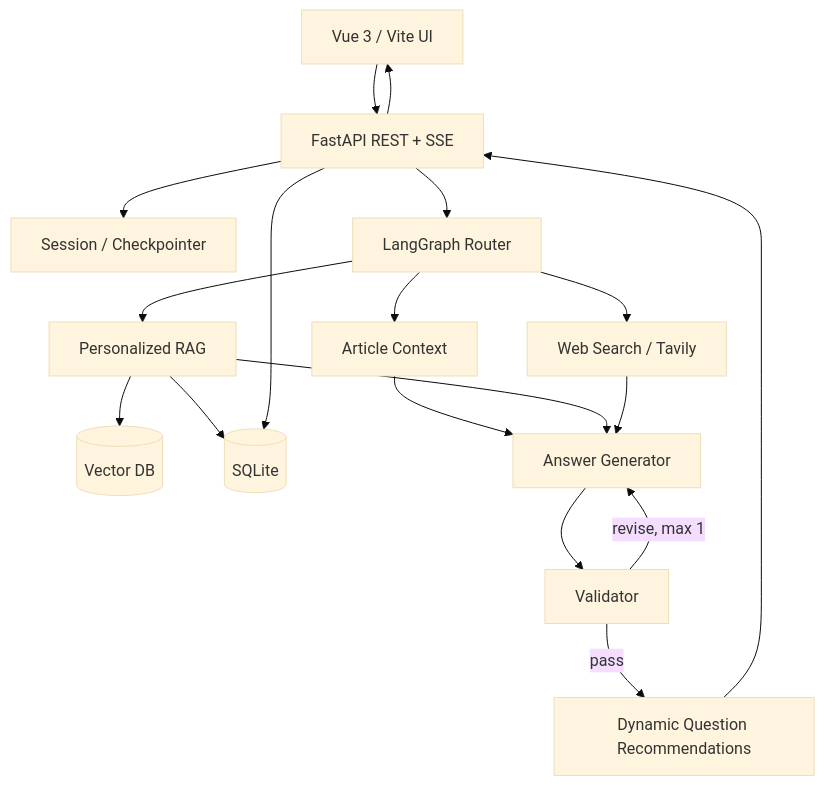
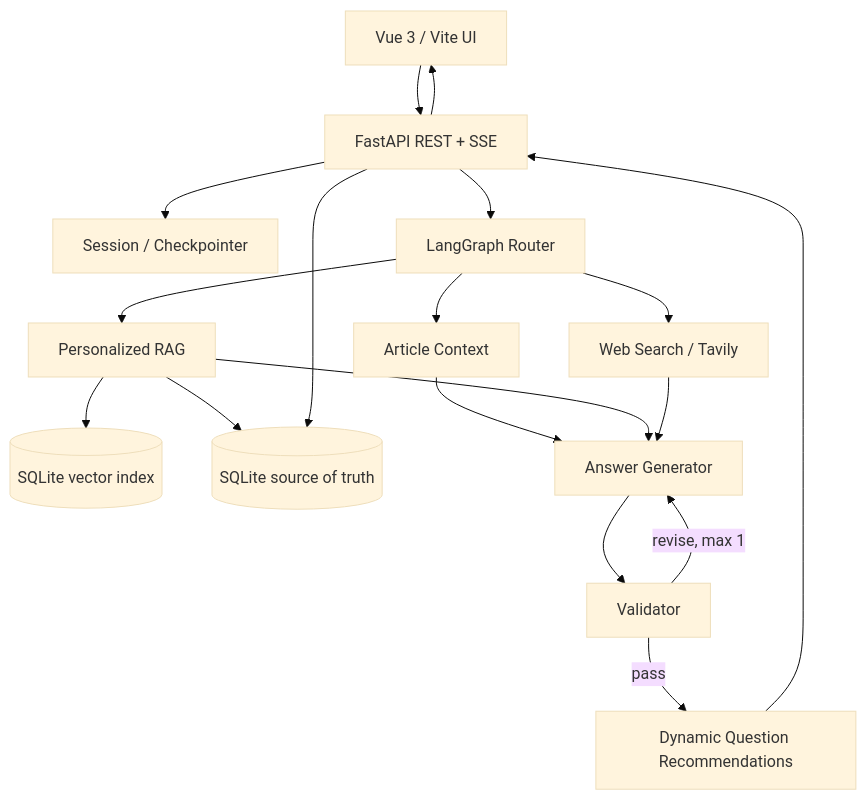
Before and after one commit to dyoungleee/skala-ai-service-pharmamate: the diagram in docs/PharmaMate_3.0_Development_Plan.md, drawn with Mermaid (base theme). The commit also changed other lines of this file and 16 other files, not shown here.

````diff
--- a/docs/PharmaMate_3.0_Development_Plan.md
+++ b/docs/PharmaMate_3.0_Development_Plan.md
@@ -168,20 +168,20 @@
 ```mermaid
 flowchart TD
     UI[Vue 3 / Vite UI] --> API[FastAPI REST + SSE]
     API --> SESS[Session / Checkpointer]
     API --> GRAPH[LangGraph Router]
     GRAPH --> ART[Article Context]
     GRAPH --> MEM[Personalized RAG]
     GRAPH --> WEB[Web Search / Tavily]
-    MEM --> VDB[(Vector DB)]
-    MEM --> SQL[(SQLite)]
+    MEM --> VIDX[(SQLite vector index)]
+    MEM --> SQL[(SQLite source of truth)]
     ART --> ANSWER[Answer Generator]
     MEM --> ANSWER
     WEB --> ANSWER
     ANSWER --> VALID[Validator]
     VALID -->|pass| REC[Dynamic Question Recommendations]
     VALID -->|revise, max 1| ANSWER
     REC --> API
     API --> UI
     API --> SQL
 ```
````
